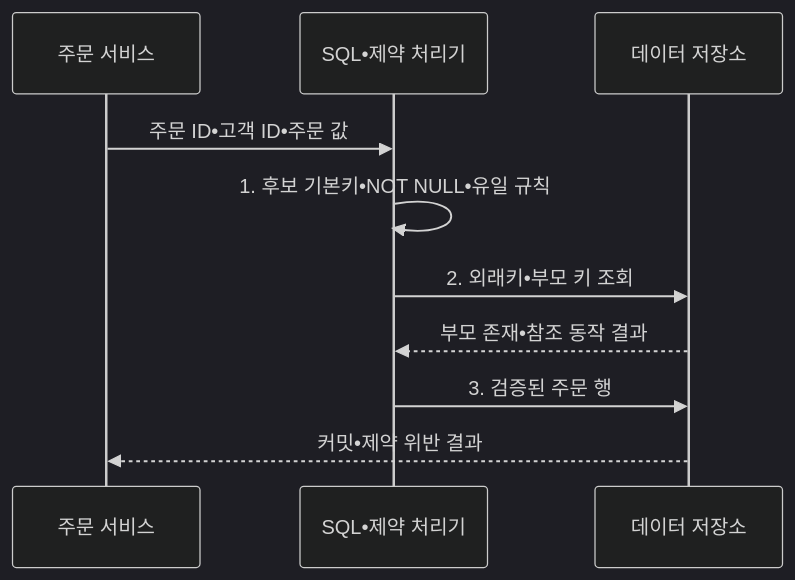
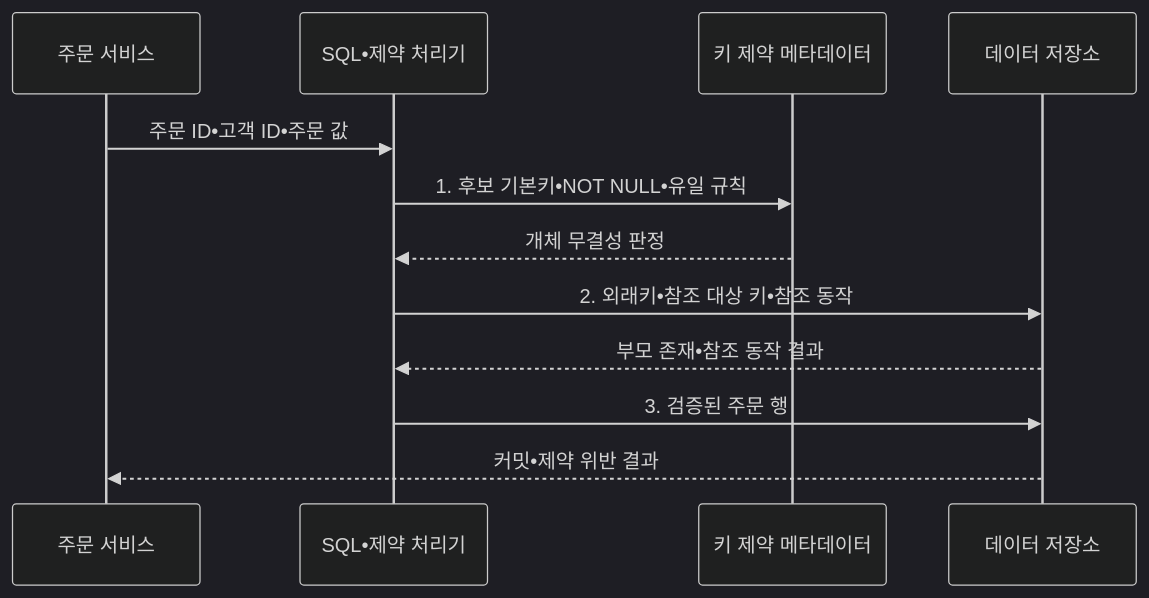
The second of 2 diagrams in src/content/docs/notes/03-software/092_entity_referential_integrity.md (agnusdei1207/knowledge-base), drawn with Mermaid (dark theme) before and after one commit. The commit also changed other lines of this file and 15 other files, not shown here.

````diff
--- a/src/content/docs/notes/03-software/092_entity_referential_integrity.md
+++ b/src/content/docs/notes/03-software/092_entity_referential_integrity.md
@@ -105,12 +105,14 @@
 ```mermaid
 sequenceDiagram
     participant APP as 주문 서비스
     participant SQL as SQL•제약 처리기
+    participant M as 키 제약 메타데이터
     participant DB as 데이터 저장소
     APP->>SQL: 주문 ID•고객 ID•주문 값
-    SQL->>SQL: 1. 후보 기본키•NOT NULL•유일 규칙
-    SQL->>DB: 2. 외래키•부모 키 조회
+    SQL->>M: 1. 후보 기본키•NOT NULL•유일 규칙
+    M-->>SQL: 개체 무결성 판정
+    SQL->>DB: 2. 외래키•참조 대상 키•참조 동작
     DB-->>SQL: 부모 존재•참조 동작 결과
     SQL->>DB: 3. 검증된 주문 행
     DB-->>APP: 커밋•제약 위반 결과
 ```
````
